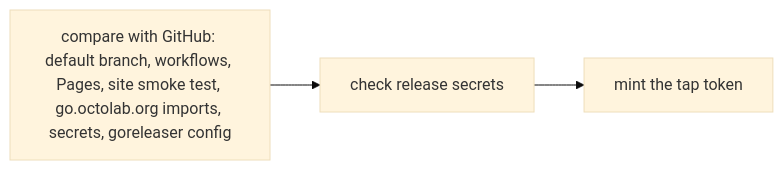
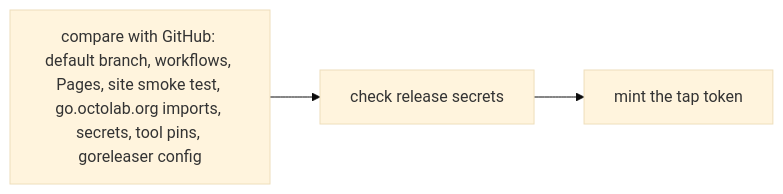
Before and after one commit to octomation/maintainer: the sixth of 10 diagrams in .github/workflows/README.md, drawn with Mermaid (base theme). The commit also changed other lines of this file and 14 other files, not shown here.

Commit message:
ci/cd: align the tooling with indexit: bin/activate, build versions, tool-pins-check, the GoReleaser check, release.mjs usage and the installer, issue #175

````diff
--- a/.github/workflows/README.md
+++ b/.github/workflows/README.md
@@ -197,4 +205,4 @@
 ```mermaid
 flowchart LR
-  doctor[compare with GitHub: default branch, workflows, Pages, site smoke test, go.octolab.org imports, secrets, goreleaser config] --> preflight[check release secrets] --> token[mint the tap token]
+  doctor[compare with GitHub: default branch, workflows, Pages, site smoke test, go.octolab.org imports, secrets, tool pins, goreleaser config] --> preflight[check release secrets] --> token[mint the tap token]
 ```
````
